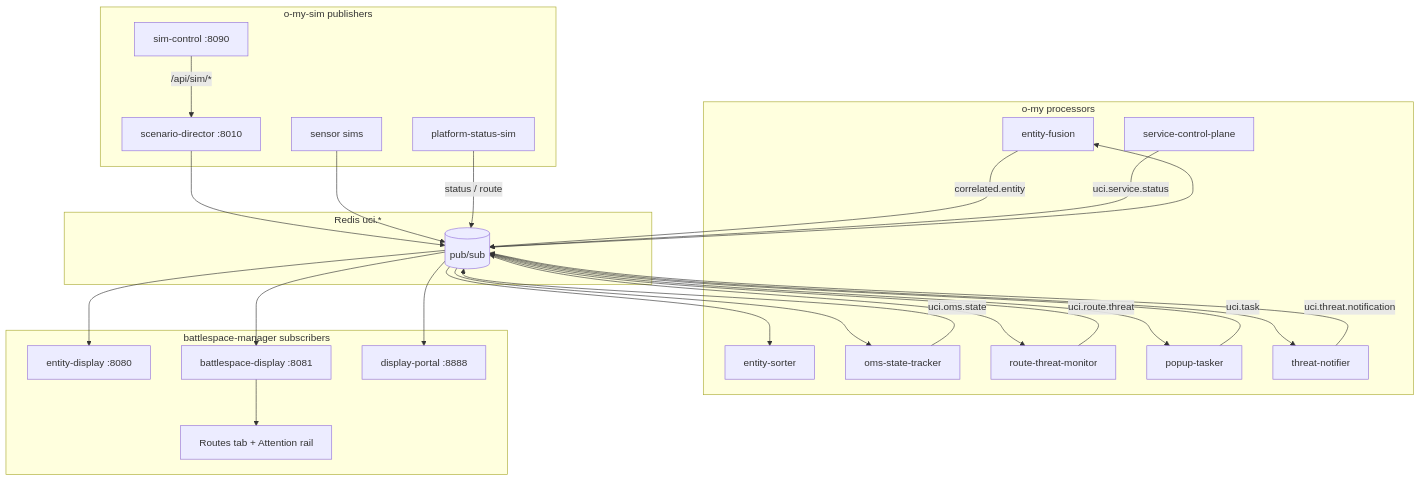
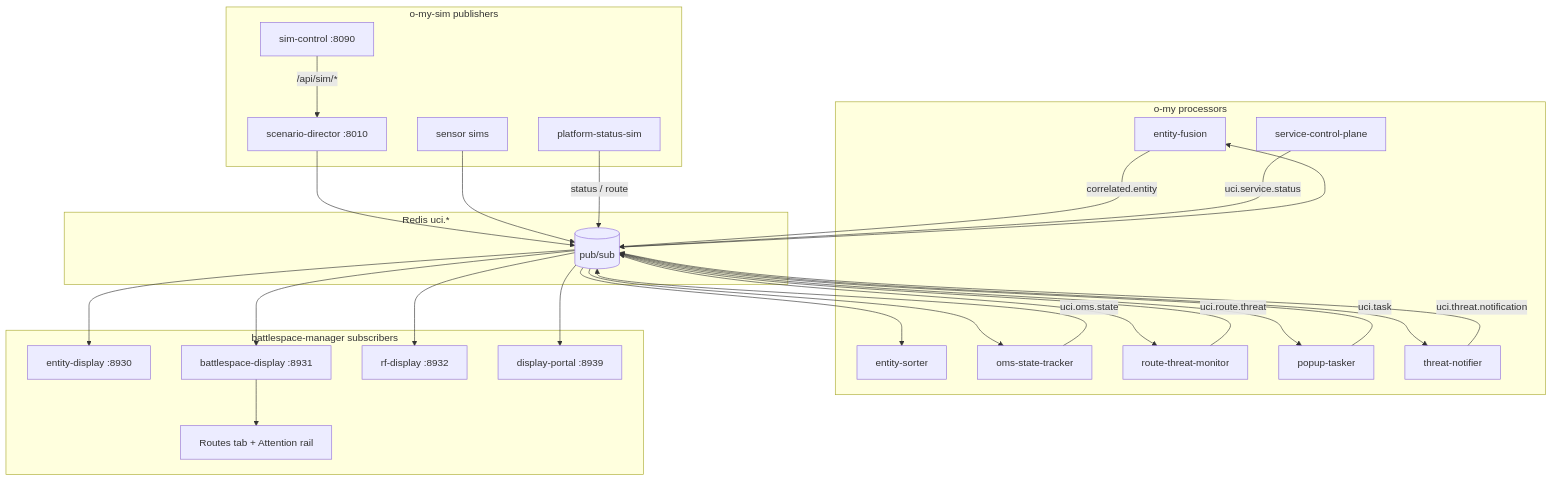
Before and after one commit to mowgli42/battlespace-manager: the first of 4 diagrams in README.md, drawn with Mermaid. The commit also changed other lines of this file and 28 other files, not shown here.

````diff
--- a/README.md
+++ b/README.md
@@ -201,47 +233,49 @@
 ```mermaid
 flowchart TB
   subgraph omy [o-my processors]
     FUSE[entity-fusion]
     SORT[entity-sorter]
     OMS[oms-state-tracker]
     RTM[route-threat-monitor]
     POP[popup-tasker]
     NOTE[threat-notifier]
     CP[service-control-plane]
   end
   subgraph omysim [o-my-sim publishers]
     SD[scenario-director :8010]
     SNS[sensor sims]
     PLAT[platform-status-sim]
     SimCtrl[sim-control :8090]
   end
   subgraph bus [Redis uci.*]
     REDIS[(pub/sub)]
   end
   subgraph bm [battlespace-manager subscribers]
-    ED[entity-display :8080]
-    BD[battlespace-display :8081]
+    ED[entity-display :8930]
+    BD[battlespace-display :8931]
+    RF[rf-display :8932]
     ROUTES[Routes tab + Attention rail]
-    PORTAL[display-portal :8888]
+    PORTAL[display-portal :8939]
   end
   SimCtrl -->|/api/sim/*| SD
   SD --> REDIS
   SNS --> REDIS
   PLAT -->|status / route| REDIS
   REDIS --> FUSE
   FUSE -->|correlated.entity| REDIS
   REDIS --> SORT
   REDIS --> OMS
   OMS -->|uci.oms.state| REDIS
   REDIS --> RTM
   RTM -->|uci.route.threat| REDIS
   REDIS --> POP
   POP -->|uci.task| REDIS
   REDIS --> NOTE
   NOTE -->|uci.threat.notification| REDIS
   CP -->|uci.service.status| REDIS
   REDIS --> ED
   REDIS --> BD
+  REDIS --> RF
   BD --> ROUTES
   REDIS --> PORTAL
 ```
````
